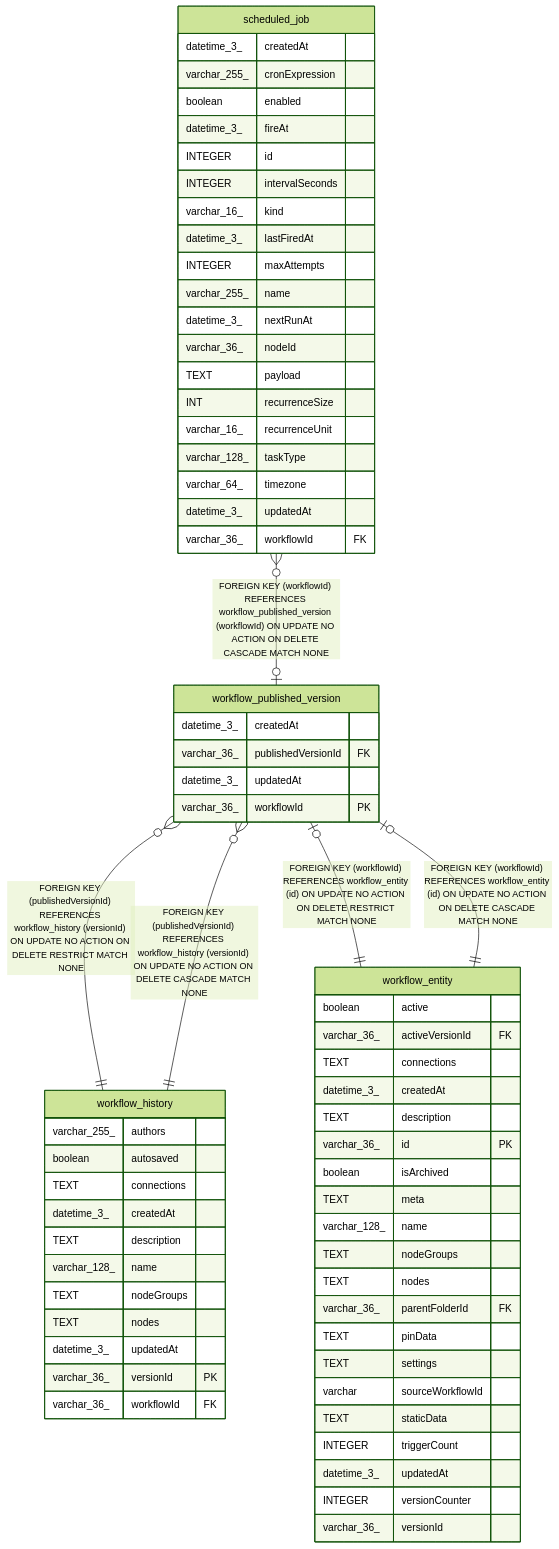
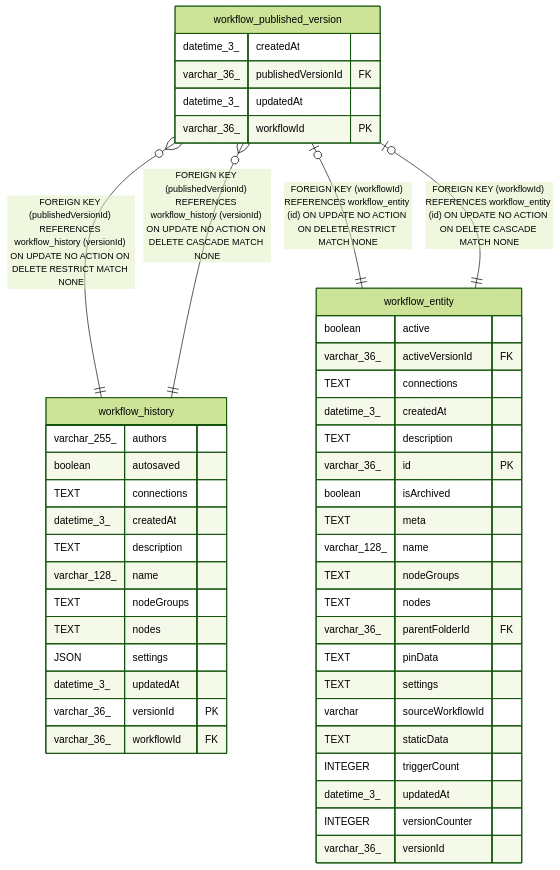
Before and after one commit to koreatest12/studys: the diagram in n8n_integration/n8n_source/docs/generated/sqlite-schema/workflow_published_version.md, drawn with Mermaid (forest theme). The commit also changed other lines of this file and 23019 other files, not shown here.

````diff
--- a/n8n_integration/n8n_source/docs/generated/sqlite-schema/workflow_published_version.md
+++ b/n8n_integration/n8n_source/docs/generated/sqlite-schema/workflow_published_version.md
@@ -42,72 +42,51 @@
 ```mermaid
 erDiagram
 
 "workflow_published_version" }o--|| "workflow_history" : "FOREIGN KEY (publishedVersionId) REFERENCES workflow_history (versionId) ON UPDATE NO ACTION ON DELETE RESTRICT MATCH NONE"
 "workflow_published_version" }o--|| "workflow_history" : "FOREIGN KEY (publishedVersionId) REFERENCES workflow_history (versionId) ON UPDATE NO ACTION ON DELETE CASCADE MATCH NONE"
 "workflow_published_version" |o--|| "workflow_entity" : "FOREIGN KEY (workflowId) REFERENCES workflow_entity (id) ON UPDATE NO ACTION ON DELETE RESTRICT MATCH NONE"
 "workflow_published_version" |o--|| "workflow_entity" : "FOREIGN KEY (workflowId) REFERENCES workflow_entity (id) ON UPDATE NO ACTION ON DELETE CASCADE MATCH NONE"
-"scheduled_job" }o--o| "workflow_published_version" : "FOREIGN KEY (workflowId) REFERENCES workflow_published_version (workflowId) ON UPDATE NO ACTION ON DELETE CASCADE MATCH NONE"
 
 "workflow_published_version" {
   datetime_3_ createdAt
   varchar_36_ publishedVersionId FK
   datetime_3_ updatedAt
   varchar_36_ workflowId PK
 }
 "workflow_history" {
   varchar_255_ authors
   boolean autosaved
   TEXT connections
   datetime_3_ createdAt
   TEXT description
   varchar_128_ name
   TEXT nodeGroups
   TEXT nodes
+  JSON settings
   datetime_3_ updatedAt
   varchar_36_ versionId PK
   varchar_36_ workflowId FK
 }
 "workflow_entity" {
   boolean active
   varchar_36_ activeVersionId FK
   TEXT connections
   datetime_3_ createdAt
   TEXT description
   varchar_36_ id PK
   boolean isArchived
   TEXT meta
   varchar_128_ name
   TEXT nodeGroups
   TEXT nodes
   varchar_36_ parentFolderId FK
   TEXT pinData
   TEXT settings
   varchar sourceWorkflowId
   TEXT staticData
   INTEGER triggerCount
   datetime_3_ updatedAt
   INTEGER versionCounter
   varchar_36_ versionId
 }
-"scheduled_job" {
-  datetime_3_ createdAt
-  varchar_255_ cronExpression
-  boolean enabled
-  datetime_3_ fireAt
-  INTEGER id
-  INTEGER intervalSeconds
-  varchar_16_ kind
-  datetime_3_ lastFiredAt
-  INTEGER maxAttempts
-  varchar_255_ name
-  datetime_3_ nextRunAt
-  varchar_36_ nodeId
-  TEXT payload
-  INT recurrenceSize
-  varchar_16_ recurrenceUnit
-  varchar_128_ taskType
-  varchar_64_ timezone
-  datetime_3_ updatedAt
-  varchar_36_ workflowId FK
-}
 ```
````
